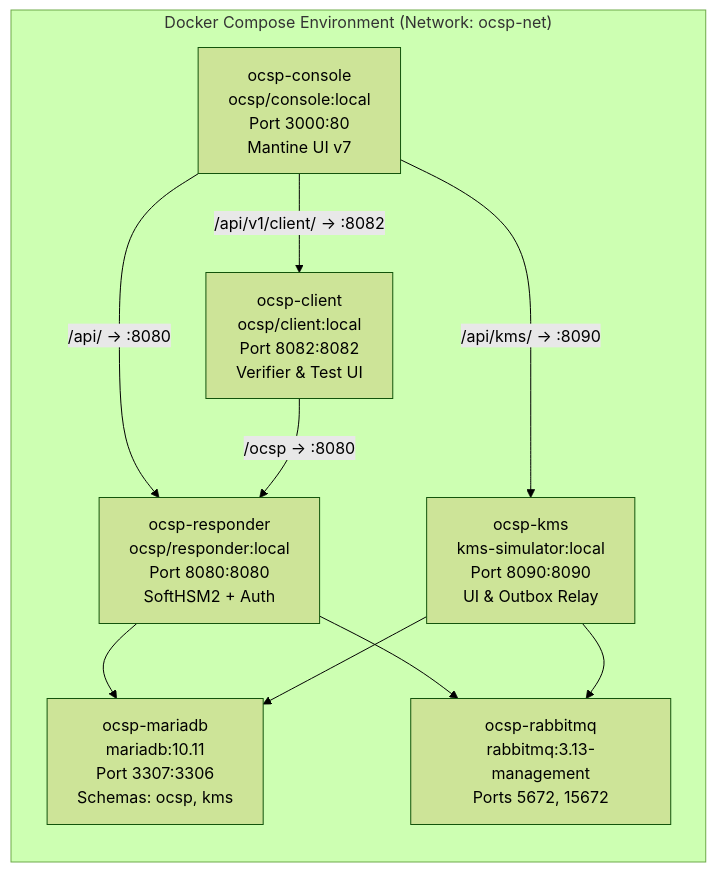
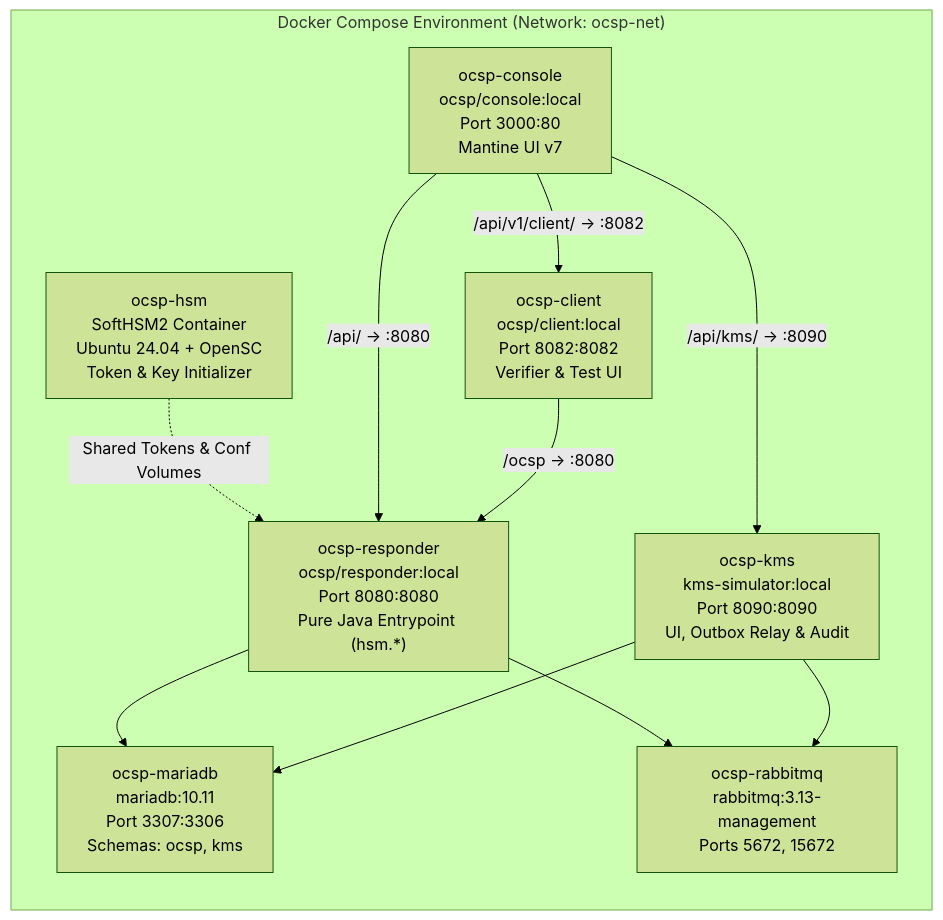
The sixth of 8 diagrams in ARCHITECTURE.md (Majdzapa/OCSP), drawn with Mermaid (forest theme) before and after one commit. The commit also changed other lines of this file and 47 other files, not shown here.

Commit message:
Refactor architecture: remove hexagonal boilerplate, introduce clean adapter interfaces for HSM and Messaging

````diff
--- a/ARCHITECTURE.md
+++ b/ARCHITECTURE.md
@@ -324,20 +347,22 @@
 ```mermaid
 graph LR
     subgraph DOCKER_COMPOSE["Docker Compose Environment (Network: ocsp-net)"]
         MARIADB["ocsp-mariadb<br/>mariadb:10.11<br/>Port 3307:3306<br/>Schemas: ocsp, kms"]
         RABBIT["ocsp-rabbitmq<br/>rabbitmq:3.13-management<br/>Ports 5672, 15672"]
-        KMS_SVC["ocsp-kms<br/>kms-simulator:local<br/>Port 8090:8090<br/>UI & Outbox Relay"]
-        RESP_SVC["ocsp-responder<br/>ocsp/responder:local<br/>Port 8080:8080<br/>SoftHSM2 + Auth"]
+        HSM_SVC["ocsp-hsm<br/>SoftHSM2 Container<br/>Ubuntu 24.04 + OpenSC<br/>Token & Key Initializer"]
+        KMS_SVC["ocsp-kms<br/>kms-simulator:local<br/>Port 8090:8090<br/>UI, Outbox Relay & Audit"]
+        RESP_SVC["ocsp-responder<br/>ocsp/responder:local<br/>Port 8080:8080<br/>Pure Java Entrypoint (hsm.*)"]
         CLIENT_SVC["ocsp-client<br/>ocsp/client:local<br/>Port 8082:8082<br/>Verifier & Test UI"]
         CONSOLE_SVC["ocsp-console<br/>ocsp/console:local<br/>Port 3000:80<br/>Mantine UI v7"]
     end
 
+    HSM_SVC -.->|Shared Tokens & Conf Volumes| RESP_SVC
     RESP_SVC --> MARIADB
     RESP_SVC --> RABBIT
     KMS_SVC --> MARIADB
     KMS_SVC --> RABBIT
     CONSOLE_SVC -->|/api/ -> :8080| RESP_SVC
     CONSOLE_SVC -->|/api/v1/client/ -> :8082| CLIENT_SVC
     CONSOLE_SVC -->|/api/kms/ -> :8090| KMS_SVC
     CLIENT_SVC -->|/ocsp -> :8080| RESP_SVC
 ```
````
